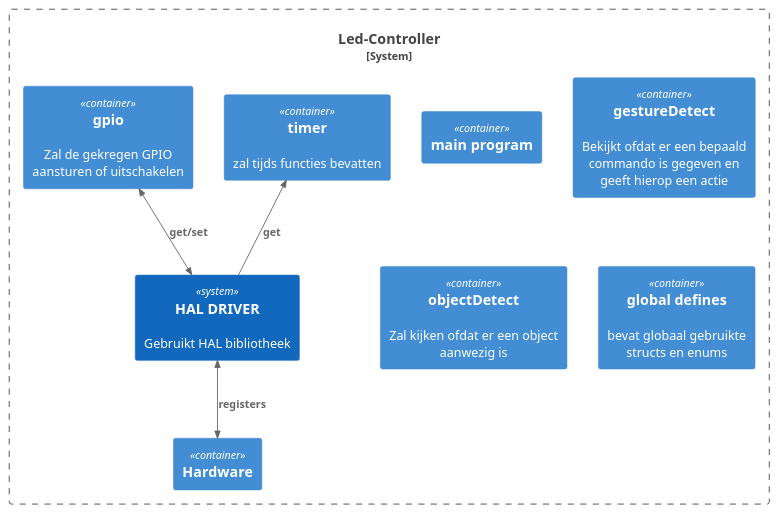
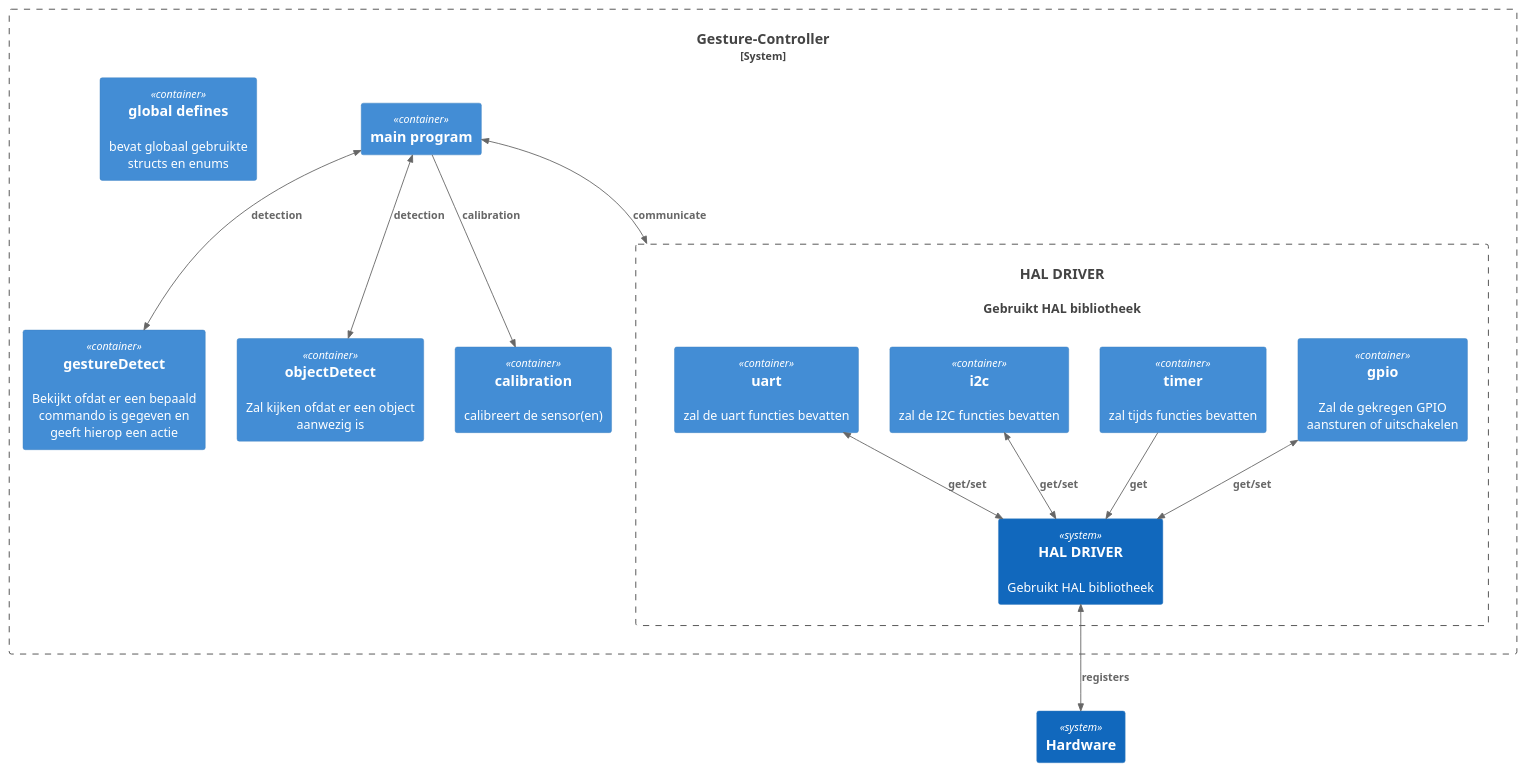
Before and after one commit to RobbeElsermans/GestureControl: the diagram in Code PlatformIO/Gesture Control Final V2/plantuml/Gesture Controller file overview.puml, drawn with PlantUML. The commit also changed 13 other files, not shown here.

```diff
--- a/Code PlatformIO/Gesture Control Final V2/plantuml/Gesture Controller file overview.puml
+++ b/Code PlatformIO/Gesture Control Final V2/plantuml/Gesture Controller file overview.puml
@@ -1,20 +1,33 @@
-@startuml LED Controller file overview
+@startuml Gesture Controller file overview
 !include https://raw.githubusercontent.com/plantuml-stdlib/C4-PlantUML/master/C4_Container.puml
 
-System_Boundary(led_controller, "Led-Controller"){
+System_Boundary(gestureController, "Gesture-Controller"){
     Container(mainProgram, "main program")
     Container(gestureDetect, "gestureDetect", "", "Bekijkt ofdat er een bepaald commando is gegeven en geeft hierop een actie")
     Container(objectDetect, "objectDetect","", "Zal kijken ofdat er een object aanwezig is")
-    Container(gpio, "gpio","","Zal de gekregen GPIO aansturen of uitschakelen")
-    Container(timer, "timer","","zal tijds functies bevatten")
+    Container(calibration, "calibration","", "calibreert de sensor(en)")
     Container(globalDefines, "global defines","","bevat globaal gebruikte structs en enums")
     System(BSP, "HAL DRIVER","Gebruikt HAL bibliotheek")
-    Container(HARDWARE, "Hardware")
+    System_Boundary(BSP, "High Level Driver"){
+        Container(gpio, "gpio","","Zal de gekregen GPIO aansturen of uitschakelen")
+        Container(timer, "timer","","zal tijds functies bevatten")
+        Container(i2c, "i2c","","zal de I2C functies bevatten")
+        Container(uart, "uart","","zal de uart functies bevatten")
+        System(HAL, "HAL DRIVER","Gebruikt HAL bibliotheek")
+    }
 }
 
+System(HARDWARE, "Hardware")
 
-Rel_U(BSP, timer, "get")
-BiRel_D(gpio, BSP, "get/set")
-BiRel_D(BSP, HARDWARE, "registers")
+Rel_D(timer, HAL, "get")
+BiRel_D(gpio, HAL, "get/set")
+BiRel_D(i2c, HAL, "get/set")
+BiRel_D(uart, HAL, "get/set")
+BiRel_D(HAL, HARDWARE, "registers")
+
+BiRel(mainProgram, gestureDetect, "detection")
+BiRel(mainProgram, objectDetect, "detection")
+Rel(mainProgram, calibration, "calibration")
+BiRel(mainProgram, BSP, "communicate")
 
 @enduml
```
